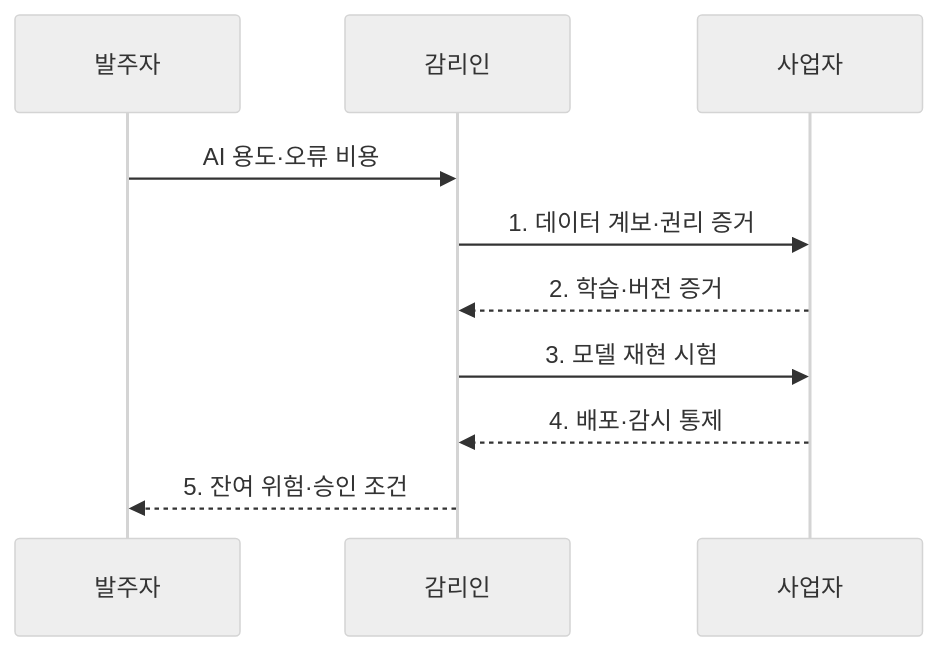
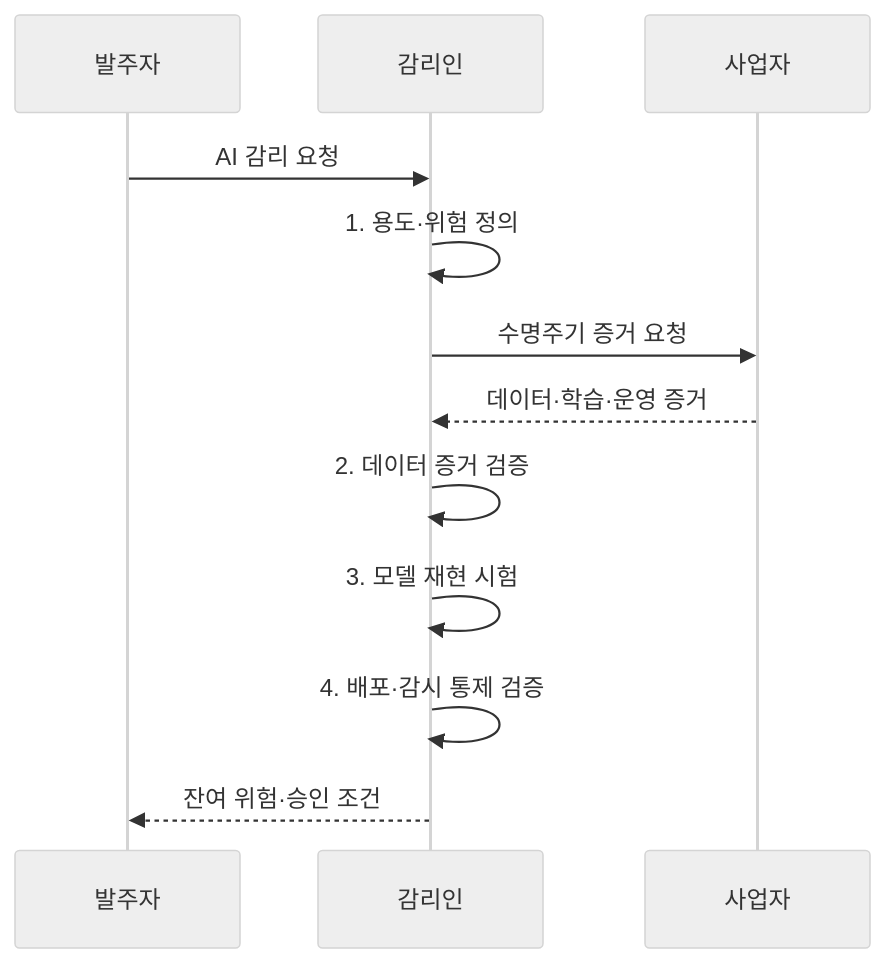
One commit to agnusdei1207/knowledge-base changed the second of 2 diagrams in src/content/docs/notes/06-evaluation/045_ai_development_audit.md. Above: the diagram before and after it, drawn with Mermaid (neutral theme). The commit also changed other lines of this file and 11 other files, not shown here.

````diff
--- a/src/content/docs/notes/06-evaluation/045_ai_development_audit.md
+++ b/src/content/docs/notes/06-evaluation/045_ai_development_audit.md
@@ -91,12 +91,14 @@
 ```mermaid
 sequenceDiagram
     participant C as 발주자
     participant A as 감리인
     participant S as 사업자
-    C->>A: AI 용도·오류 비용
-    A->>S: 1. 데이터 계보·권리 증거
-    S-->>A: 2. 학습·버전 증거
-    A->>S: 3. 모델 재현 시험
-    S-->>A: 4. 배포·감시 통제
-    A-->>C: 5. 잔여 위험·승인 조건
+    C->>A: AI 감리 요청
+    A->>A: 1. 용도·위험 정의
+    A->>S: 수명주기 증거 요청
+    S-->>A: 데이터·학습·운영 증거
+    A->>A: 2. 데이터 증거 검증
+    A->>A: 3. 모델 재현 시험
+    A->>A: 4. 배포·감시 통제 검증
+    A-->>C: 잔여 위험·승인 조건
 ```
````
